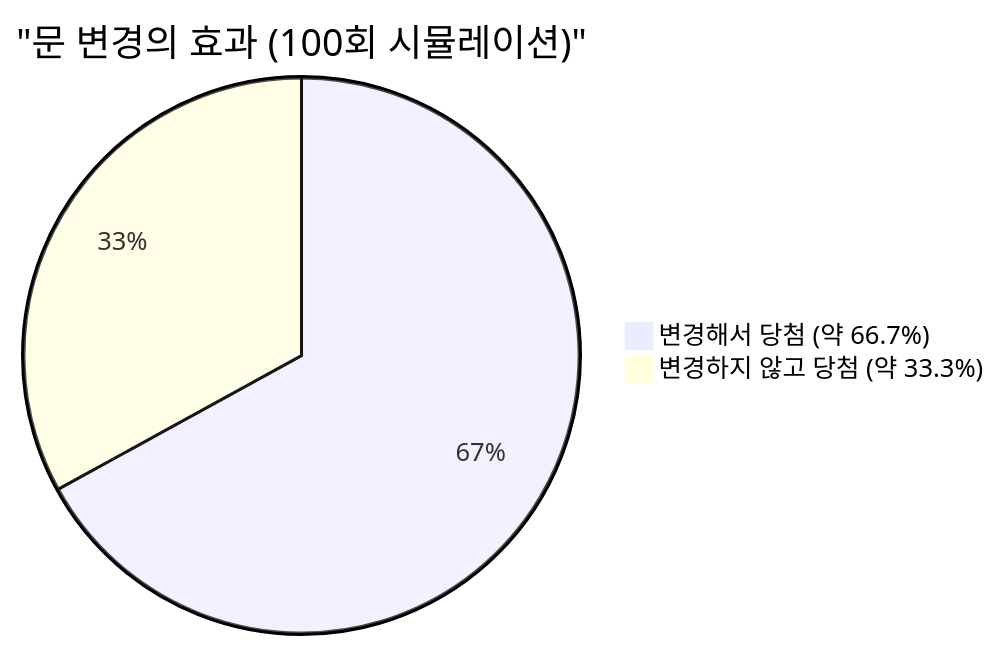
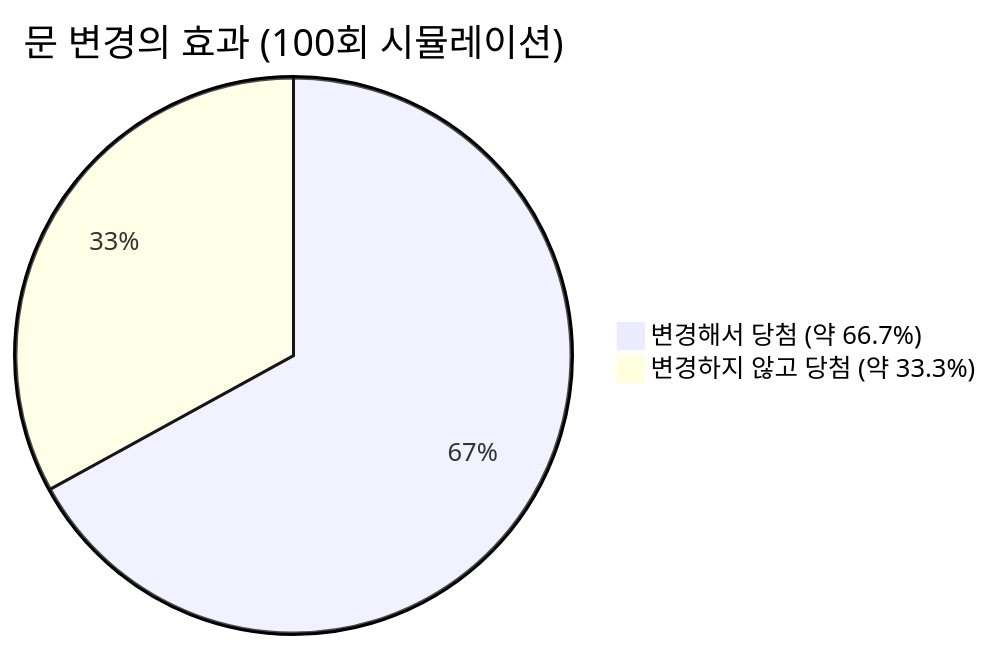
One commit to kenjinote/blog changed the second of 2 diagrams in content/post/モンティ・ホール問題/index.ko.md. Above: the diagram before and after it, drawn with Mermaid. The commit also changed other lines of this file and 703 other files, not shown here.

Commit message:
Fix: Remove quotes from Mermaid link texts and timeline definitions to support Mermaid 11.4.1

````diff
--- a/content/post/モンティ・ホール問題/index.ko.md
+++ b/content/post/モンティ・ホール問題/index.ko.md
@@ -162,5 +162,5 @@
 ```mermaid
-pie title "문 변경의 효과 (100회 시뮬레이션)"
+pie title 문 변경의 효과 (100회 시뮬레이션)
     "변경해서 당첨 (약 66.7%)" : 67
     "변경하지 않고 당첨 (약 33.3%)" : 33
 ```
````
